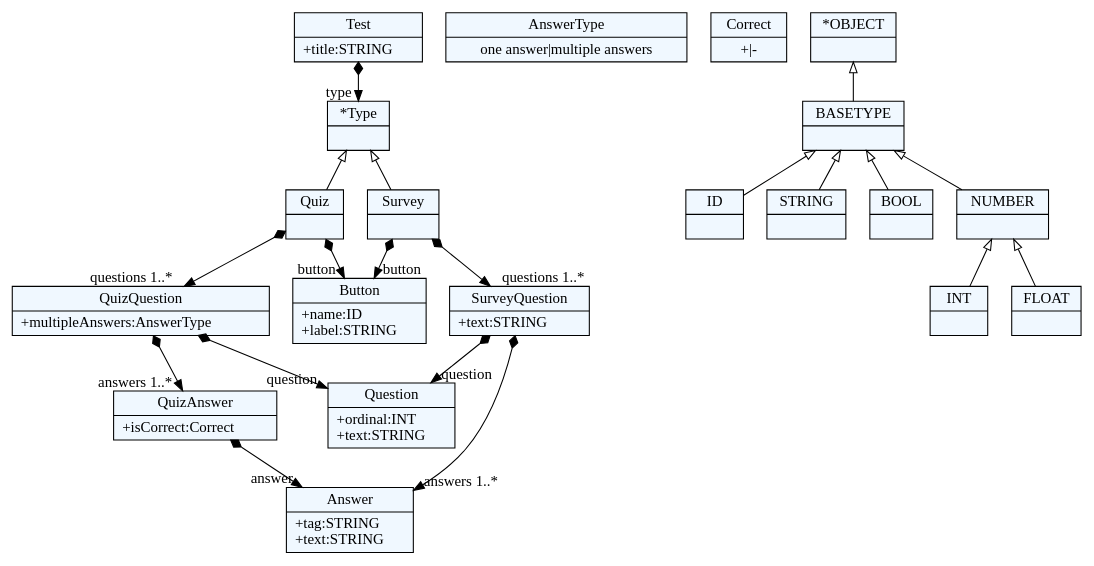
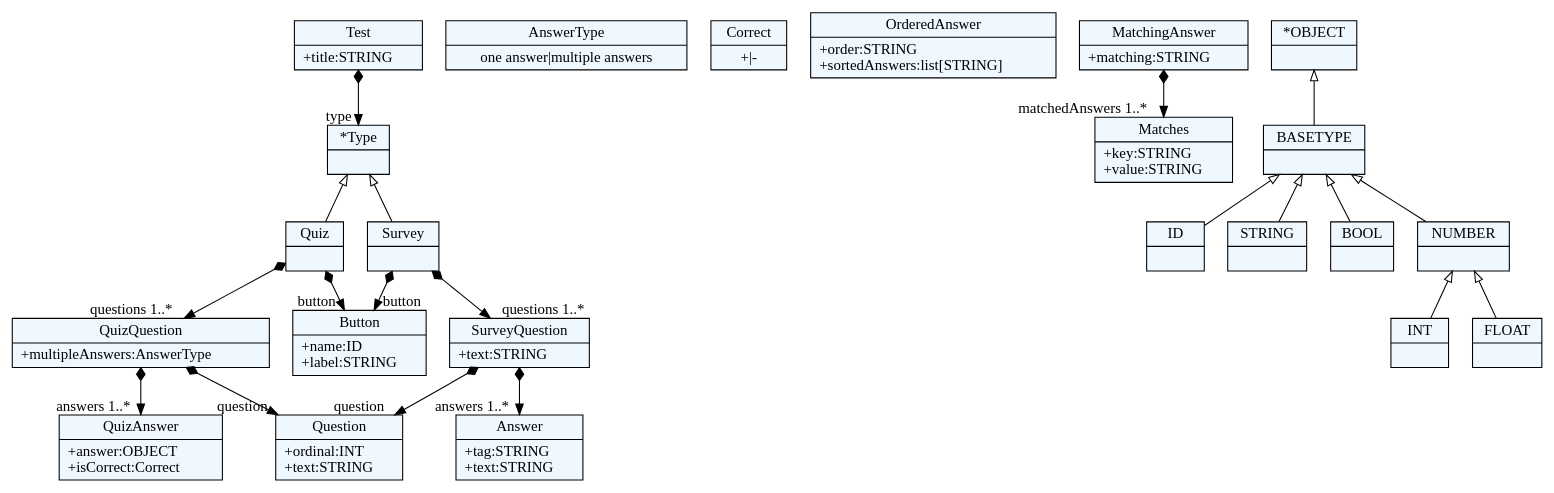
Before and after one commit to igen-ftn/quizgen: the diagram in quiz/quiz.dot, drawn with Graphviz. The commit also changed 9 other files, not shown here.

Commit message:
Added ordering and matching questions to the grammar

```diff
--- a/quiz/quiz.dot
+++ b/quiz/quiz.dot
@@ -1,74 +1,80 @@
 
     digraph xtext {
     fontname = "Bitstream Vera Sans"
     fontsize = 8
     node[
         shape=record,
         style=filled,
         fillcolor=aliceblue
     ]
     nodesep = 0.3
     edge[dir=black,arrowtail=empty]
 
 
-2153156395592 -> 2153156398424[arrowtail=diamond, dir=both, headlabel="type "]
-2153156395592[ label="{Test|+title:STRING\l}"]
+2023246167896 -> 2023246152792[arrowtail=diamond, dir=both, headlabel="type "]
+2023246167896[ label="{Test|+title:STRING\l}"]
 
-2153156398424[ label="{*Type|}"]
-2153156398424 -> 2153156414472 [dir=back]
-2153156398424 -> 2153156416360 [dir=back]
+2023246152792[ label="{*Type|}"]
+2023246152792 -> 2023246144296 [dir=back]
+2023246152792 -> 2023246151848 [dir=back]
 
-2153156414472 -> 2153156427688[arrowtail=diamond, dir=both, headlabel="questions 1..*"]
-2153156414472 -> 2153156437128[arrowtail=diamond, dir=both, headlabel="button "]
-2153156414472[ label="{Quiz|}"]
+2023246144296 -> 2023246172616[arrowtail=diamond, dir=both, headlabel="questions 1..*"]
+2023246144296 -> 2023246156568[arrowtail=diamond, dir=both, headlabel="button "]
+2023246144296[ label="{Quiz|}"]
 
-2153156416360 -> 2153156422968[arrowtail=diamond, dir=both, headlabel="questions 1..*"]
-2153156416360 -> 2153156437128[arrowtail=diamond, dir=both, headlabel="button "]
-2153156416360[ label="{Survey|}"]
+2023246151848 -> 2023246187720[arrowtail=diamond, dir=both, headlabel="questions 1..*"]
+2023246151848 -> 2023246156568[arrowtail=diamond, dir=both, headlabel="button "]
+2023246151848[ label="{Survey|}"]
 
-2153156427688 -> 2153156426744[arrowtail=diamond, dir=both, headlabel="question "]
-2153156427688 -> 2153156448456[arrowtail=diamond, dir=both, headlabel="answers 1..*"]
-2153156427688[ label="{QuizQuestion|+multipleAnswers:AnswerType\l}"]
+2023246172616 -> 2023246179224[arrowtail=diamond, dir=both, headlabel="question "]
+2023246172616 -> 2023246181112[arrowtail=diamond, dir=both, headlabel="answers 1..*"]
+2023246172616[ label="{QuizQuestion|+multipleAnswers:AnswerType\l}"]
 
-2153156421080[ label="{AnswerType|one answer\|multiple answers}"]
+2023246177336[ label="{AnswerType|one answer\|multiple answers}"]
 
-2153156422968 -> 2153156426744[arrowtail=diamond, dir=both, headlabel="question "]
-2153156422968 -> 2153156444680[arrowtail=diamond, dir=both, headlabel="answers 1..*"]
-2153156422968[ label="{SurveyQuestion|+text:STRING\l}"]
+2023246187720 -> 2023246179224[arrowtail=diamond, dir=both, headlabel="question "]
+2023246187720 -> 2023246189608[arrowtail=diamond, dir=both, headlabel="answers 1..*"]
+2023246187720[ label="{SurveyQuestion|+text:STRING\l}"]
 
-2153156426744[ label="{Question|+ordinal:INT\l+text:STRING\l}"]
+2023246179224[ label="{Question|+ordinal:INT\l+text:STRING\l}"]
 
-2153156448456 -> 2153156444680[arrowtail=diamond, dir=both, headlabel="answer "]
-2153156448456[ label="{QuizAnswer|+isCorrect:Correct\l}"]
+2023246181112[ label="{QuizAnswer|+answer:OBJECT\l+isCorrect:Correct\l}"]
 
-2153156436184[ label="{Correct|+\|-}"]
+2023246183944[ label="{Correct|+\|-}"]
 
-2153156444680[ label="{Answer|+tag:STRING\l+text:STRING\l}"]
+2023246189608[ label="{Answer|+tag:STRING\l+text:STRING\l}"]
 
-2153156437128[ label="{Button|+name:ID\l+label:STRING\l}"]
+2023246192440[ label="{OrderedAnswer|+order:STRING\l+sortedAnswers:list[STRING]\l}"]
 
-2153156376712[ label="{ID|}"]
+2023246162232 -> 2023246195272[arrowtail=diamond, dir=both, headlabel="matchedAnswers 1..*"]
+2023246162232[ label="{MatchingAnswer|+matching:STRING\l}"]
 
-2153156396536[ label="{STRING|}"]
+2023246195272[ label="{Matches|+key:STRING\l+value:STRING\l}"]
 
-2153156405032[ label="{BOOL|}"]
+2023246156568[ label="{Button|+name:ID\l+label:STRING\l}"]
 
-2153156406920[ label="{INT|}"]
+2023246394456[ label="{ID|}"]
 
-2153156409752[ label="{FLOAT|}"]
+2023246146184[ label="{STRING|}"]
 
-2153156411640[ label="{NUMBER|}"]
-2153156411640 -> 2153156409752 [dir=back]
-2153156411640 -> 2153156406920 [dir=back]
+2023246157512[ label="{BOOL|}"]
 
-2153156419192[ label="{BASETYPE|}"]
-2153156419192 -> 2153156411640 [dir=back]
-2153156419192 -> 2153156405032 [dir=back]
-2153156419192 -> 2153156376712 [dir=back]
-2153156419192 -> 2153156396536 [dir=back]
+2023246147128[ label="{INT|}"]
 
-2153156432408[ label="{*OBJECT|}"]
-2153156432408 -> 2153156419192 [dir=back]
+2023246164120[ label="{FLOAT|}"]
+
+2023246168840[ label="{NUMBER|}"]
+2023246168840 -> 2023246164120 [dir=back]
+2023246168840 -> 2023246147128 [dir=back]
+
+2023246173560[ label="{BASETYPE|}"]
+2023246173560 -> 2023246168840 [dir=back]
+2023246173560 -> 2023246157512 [dir=back]
+2023246173560 -> 2023246394456 [dir=back]
+2023246173560 -> 2023246146184 [dir=back]
+
+2023246166952[ label="{*OBJECT|}"]
+2023246166952 -> 2023246173560 [dir=back]
 
 
 }
```
